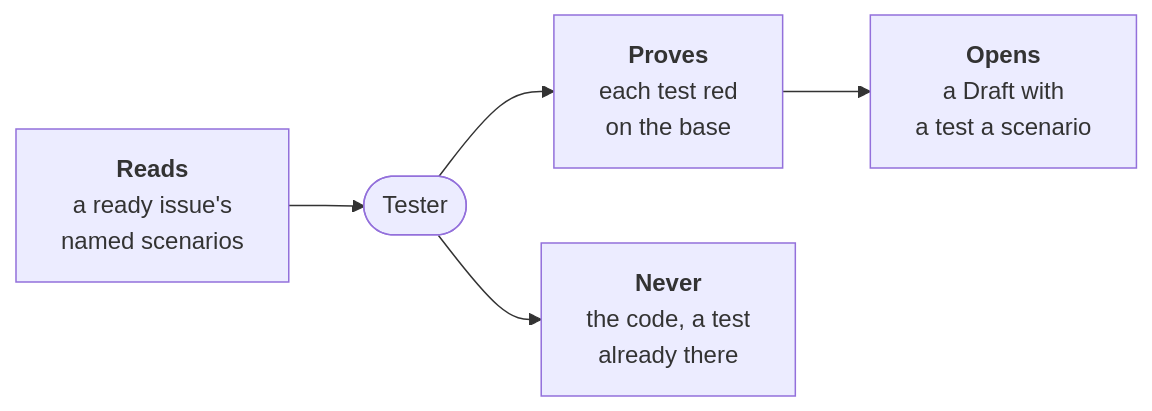
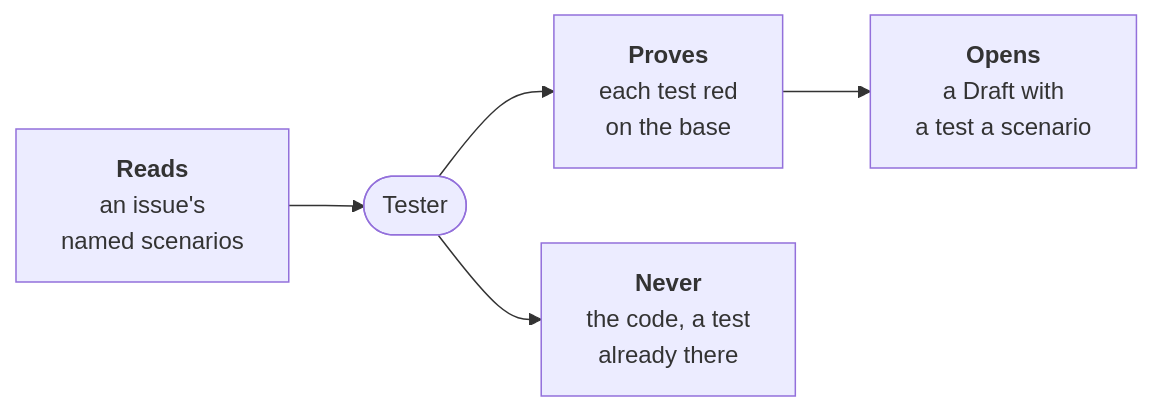
One commit to JN0V/workline changed the diagram in roles/tester/README.md. Above: the diagram before and after it, drawn with Mermaid. The commit also changed other lines of this file and 31 other files, not shown here.

````diff
--- a/roles/tester/README.md
+++ b/roles/tester/README.md
@@ -13,10 +13,10 @@
 ```mermaid
 flowchart LR
-  issue["<b>Reads</b><br/>a ready issue's<br/>named scenarios"]
+  issue["<b>Reads</b><br/>an issue's<br/>named scenarios"]
   role(["Tester"])
   proof["<b>Proves</b><br/>each test red<br/>on the base"]
   never["<b>Never</b><br/>the code, a test<br/>already there"]
   out["<b>Opens</b><br/>a Draft with<br/>a test a scenario"]
   issue --> role --> proof --> out
   role --> never
 ```
````
